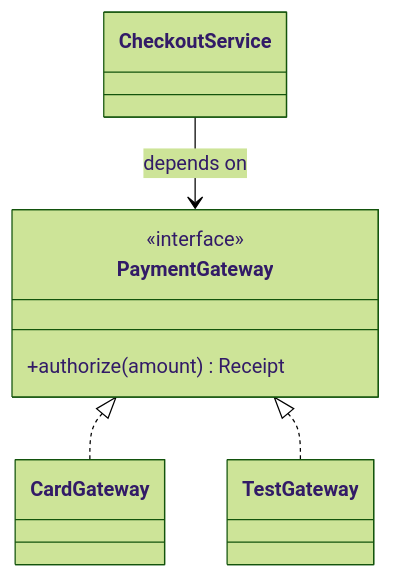
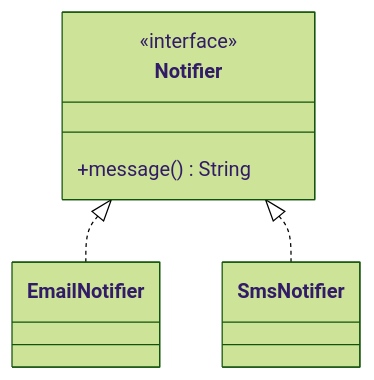
The second of 4 diagrams in content/java-spring/01d-java-oop-pillars.md (Prem-Duvvapu/cs-fundamentals-with-ui), drawn with Mermaid (forest theme) before and after one commit. The commit also changed other lines of this file and 28 other files, not shown here.

````diff
--- a/content/java-spring/01d-java-oop-pillars.md
+++ b/content/java-spring/01d-java-oop-pillars.md
@@ -77,13 +177,11 @@
 ```mermaid
 classDiagram
-    class CheckoutService
-    class PaymentGateway {
+    class Notifier {
       <<interface>>
-      +authorize(amount) Receipt
+      +message() String
     }
-    class CardGateway
-    class TestGateway
-    CheckoutService --> PaymentGateway : depends on
-    PaymentGateway <|.. CardGateway
-    PaymentGateway <|.. TestGateway
+    class EmailNotifier
+    class SmsNotifier
+    Notifier <|.. EmailNotifier
+    Notifier <|.. SmsNotifier
 ```
````
